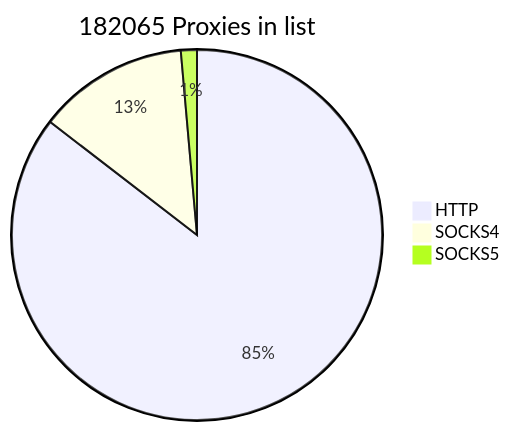
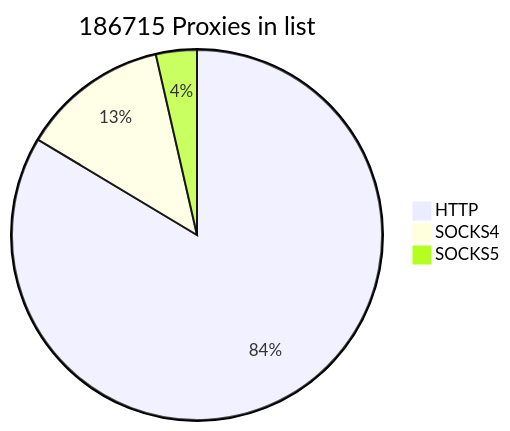
One commit to cutipu/proxylist changed the first of 2 diagrams in README.md. Above: the diagram before and after it, drawn with Mermaid. The commit also changed other lines of this file, not shown here.

````diff
--- a/README.md
+++ b/README.md
@@ -2,7 +2,7 @@
 ```mermaid
-pie title 182065 Proxies in list
-    "HTTP" : 155567
+pie title 186715 Proxies in list
+    "HTTP" : 156093
     "SOCKS4" : 23953
-    "SOCKS5" : 2545
+    "SOCKS5" : 6669
             
 ```
````
